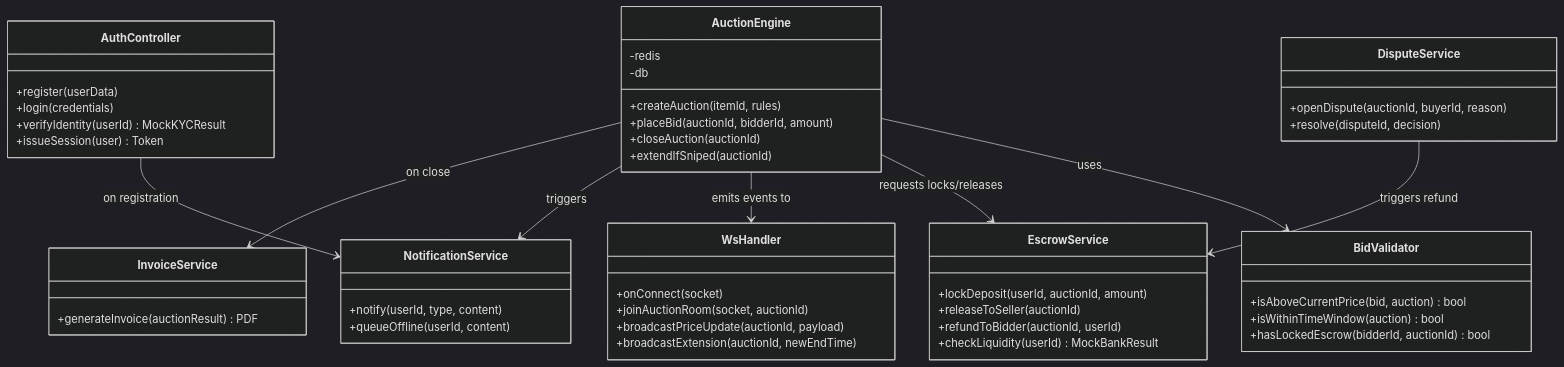
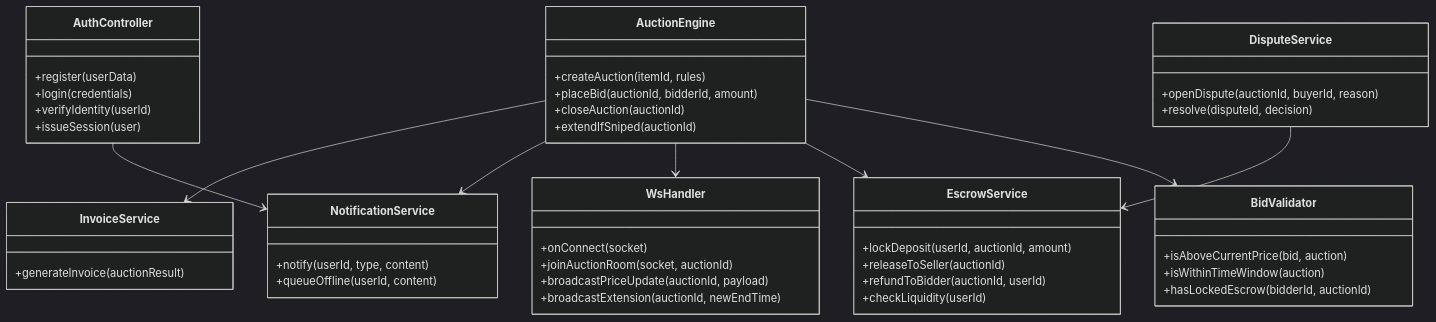
The third of 15 diagrams in Stage_3/Report.MD (ghadi0alzhrani0/Mezyad), drawn with Mermaid (dark theme) before and after one commit. The commit also changed other lines of this file, not shown here.

````diff
--- a/Stage_3/Report.MD
+++ b/Stage_3/Report.MD
@@ -128,60 +136,50 @@
 ```mermaid
 classDiagram
     class AuthController {
         +register(userData)
         +login(credentials)
-        +verifyIdentity(userId) MockKYCResult
-        +issueSession(user) Token
+        +verifyIdentity(userId)
+        +issueSession(user)
     }
-
     class AuctionEngine {
-        -redis
-        -db
         +createAuction(itemId, rules)
         +placeBid(auctionId, bidderId, amount)
         +closeAuction(auctionId)
         +extendIfSniped(auctionId)
     }
-
     class BidValidator {
-        +isAboveCurrentPrice(bid, auction) bool
-        +isWithinTimeWindow(auction) bool
-        +hasLockedEscrow(bidderId, auctionId) bool
+        +isAboveCurrentPrice(bid, auction)
+        +isWithinTimeWindow(auction)
+        +hasLockedEscrow(bidderId, auctionId)
     }
-
     class EscrowService {
         +lockDeposit(userId, auctionId, amount)
         +releaseToSeller(auctionId)
         +refundToBidder(auctionId, userId)
-        +checkLiquidity(userId) MockBankResult
+        +checkLiquidity(userId)
     }
-
     class WsHandler {
         +onConnect(socket)
         +joinAuctionRoom(socket, auctionId)
         +broadcastPriceUpdate(auctionId, payload)
         +broadcastExtension(auctionId, newEndTime)
     }
-
     class NotificationService {
         +notify(userId, type, content)
         +queueOffline(userId, content)
     }
-
     class InvoiceService {
-        +generateInvoice(auctionResult) PDF
+        +generateInvoice(auctionResult)
     }
-
     class DisputeService {
         +openDispute(auctionId, buyerId, reason)
         +resolve(disputeId, decision)
     }
-
-    AuctionEngine --> BidValidator : uses
-    AuctionEngine --> EscrowService : requests locks/releases
-    AuctionEngine --> WsHandler : emits events to
-    AuctionEngine --> NotificationService : triggers
-    AuctionEngine --> InvoiceService : on close
-    DisputeService --> EscrowService : triggers refund
-    AuthController --> NotificationService : on registration
+    AuctionEngine --> BidValidator
+    AuctionEngine --> EscrowService
+    AuctionEngine --> WsHandler
+    AuctionEngine --> NotificationService
+    AuctionEngine --> InvoiceService
+    DisputeService --> EscrowService
+    AuthController --> NotificationService
 ```
````
